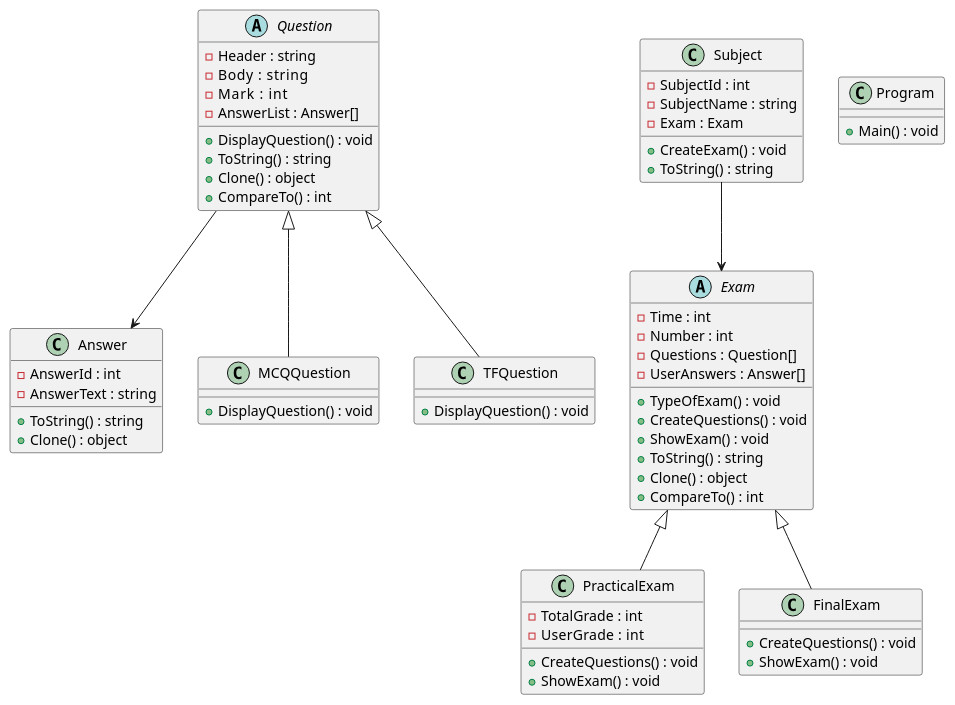
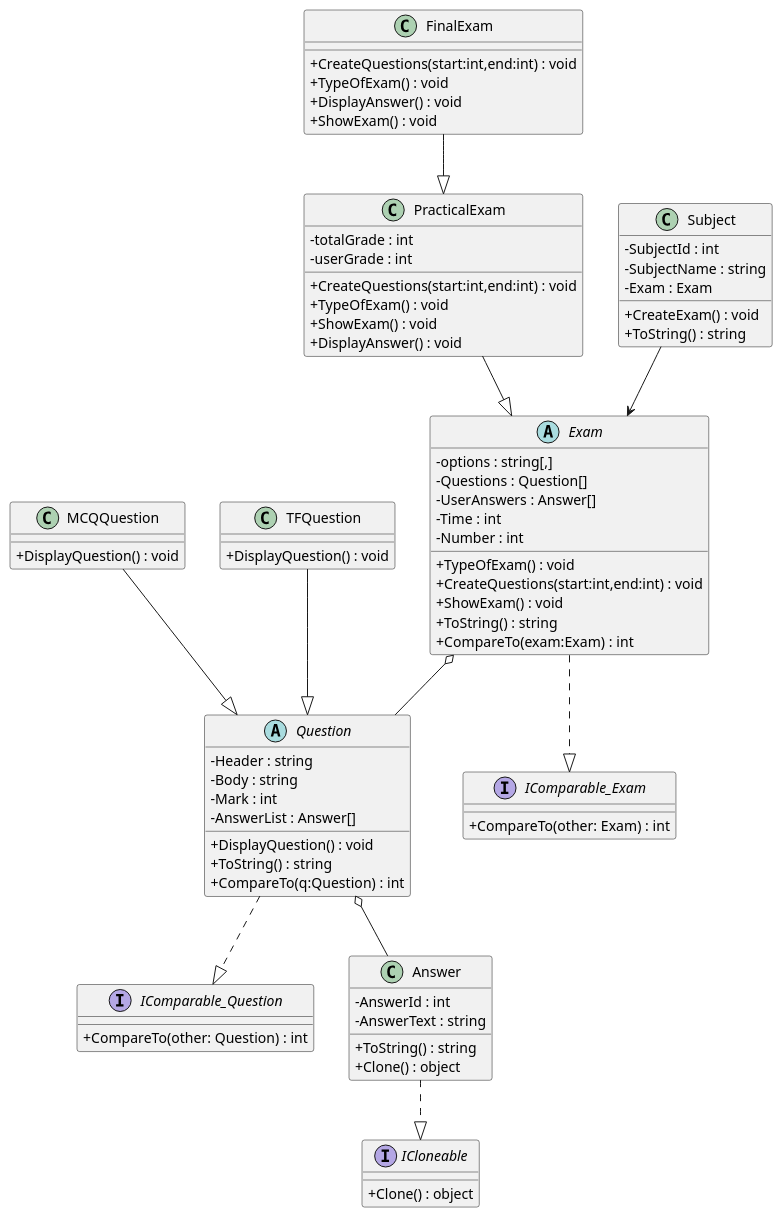
One commit to mohamed-fathi610/Examination-system changed the diagram in diagram.puml. Above: the diagram before and after it, drawn with PlantUML.

```diff
--- a/diagram.puml
+++ b/diagram.puml
@@ -1,73 +1,95 @@
 @startuml
+skinparam classAttributeIconSize 0
 
+' Interfaces
+interface ICloneable {
+    + Clone() : object
+}
+
+interface IComparable_Question {
+    + CompareTo(other: Question) : int
+}
+
+interface IComparable_Exam {
+    + CompareTo(other: Exam) : int
+}
+
+' Classes
 class Answer {
-  - AnswerId : int
-  - AnswerText : string
-  + ToString() : string
-  + Clone() : object
+    - AnswerId : int
+    - AnswerText : string
+    + ToString() : string
+    + Clone() : object
 }
 
 abstract class Question {
-  - Header : string
-  - Body   : string
-  - Mark   : int
-  - AnswerList : Answer[]
-  + DisplayQuestion() : void
-  + ToString() : string
-  + Clone() : object
-  + CompareTo() : int
+    - Header : string
+    - Body : string
+    - Mark : int
+    - AnswerList : Answer[]
+    + DisplayQuestion() : void
+    + ToString() : string
+    + CompareTo(q:Question) : int
 }
 
 class MCQQuestion {
-  + DisplayQuestion() : void
+    + DisplayQuestion() : void
 }
 
 class TFQuestion {
-  + DisplayQuestion() : void
+    + DisplayQuestion() : void
 }
 
 abstract class Exam {
-  - Time : int
-  - Number : int
-  - Questions : Question[]
-  - UserAnswers : Answer[]
-  + TypeOfExam() : void
-  + CreateQuestions() : void
-  + ShowExam() : void
-  + ToString() : string
-  + Clone() : object
-  + CompareTo() : int
+    - options : string[,]
+    - Questions : Question[]
+    - UserAnswers : Answer[]
+    - Time : int
+    - Number : int
+    + TypeOfExam() : void
+    + CreateQuestions(start:int,end:int) : void
+    + ShowExam() : void
+    + ToString() : string
+    + CompareTo(exam:Exam) : int
 }
 
 class PracticalExam {
-  - TotalGrade : int
-  - UserGrade  : int
-  + CreateQuestions() : void
-  + ShowExam() : void
+    - totalGrade : int
+    - userGrade : int
+    + CreateQuestions(start:int,end:int) : void
+    + TypeOfExam() : void
+    + ShowExam() : void
+    + DisplayAnswer() : void
 }
 
 class FinalExam {
-  + CreateQuestions() : void
-  + ShowExam() : void
+    + CreateQuestions(start:int,end:int) : void
+    + TypeOfExam() : void
+    + DisplayAnswer() : void
+    + ShowExam() : void
 }
 
 class Subject {
-  - SubjectId : int
-  - SubjectName : string
-  - Exam : Exam
-  + CreateExam() : void
-  + ToString() : string
+    - SubjectId : int
+    - SubjectName : string
+    - Exam : Exam
+    + CreateExam() : void
+    + ToString() : string
 }
 
-class Program {
-  + Main() : void
-}
+' Relationships
+Answer ..|> ICloneable
+Question ..|> IComparable_Question
+Exam ..|> IComparable_Exam
 
-Question <|-- MCQQuestion
-Question <|-- TFQuestion
-Exam <|-- PracticalExam
-Exam <|-- FinalExam
+MCQQuestion --|> Question
+TFQuestion --|> Question
+
+PracticalExam --|> Exam
+FinalExam --|> PracticalExam
+
 Subject --> Exam
-Question --> Answer
+Exam o-- Question
+Question o-- Answer
 
 @enduml
```
